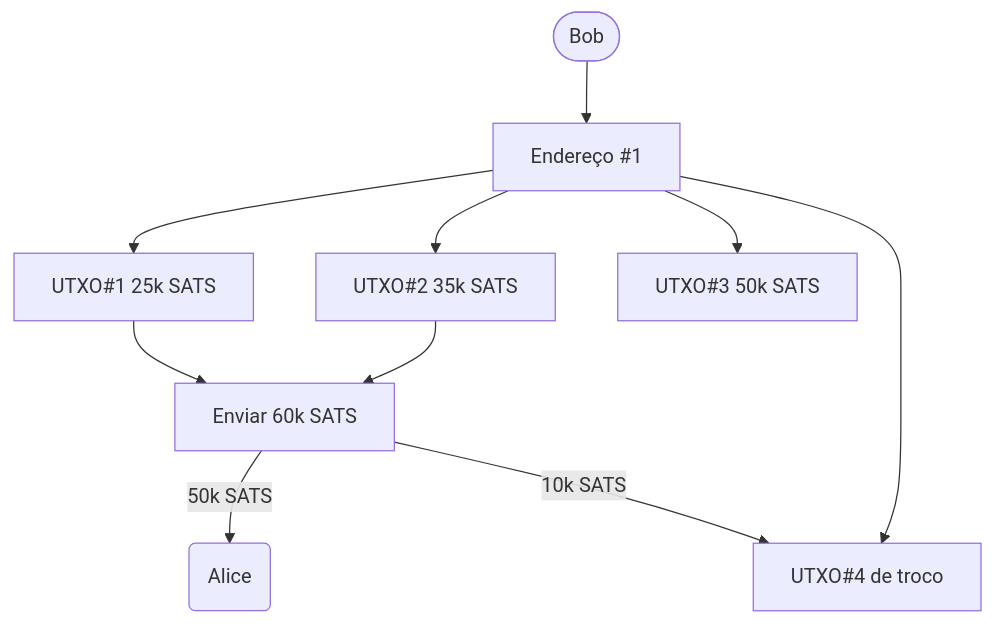
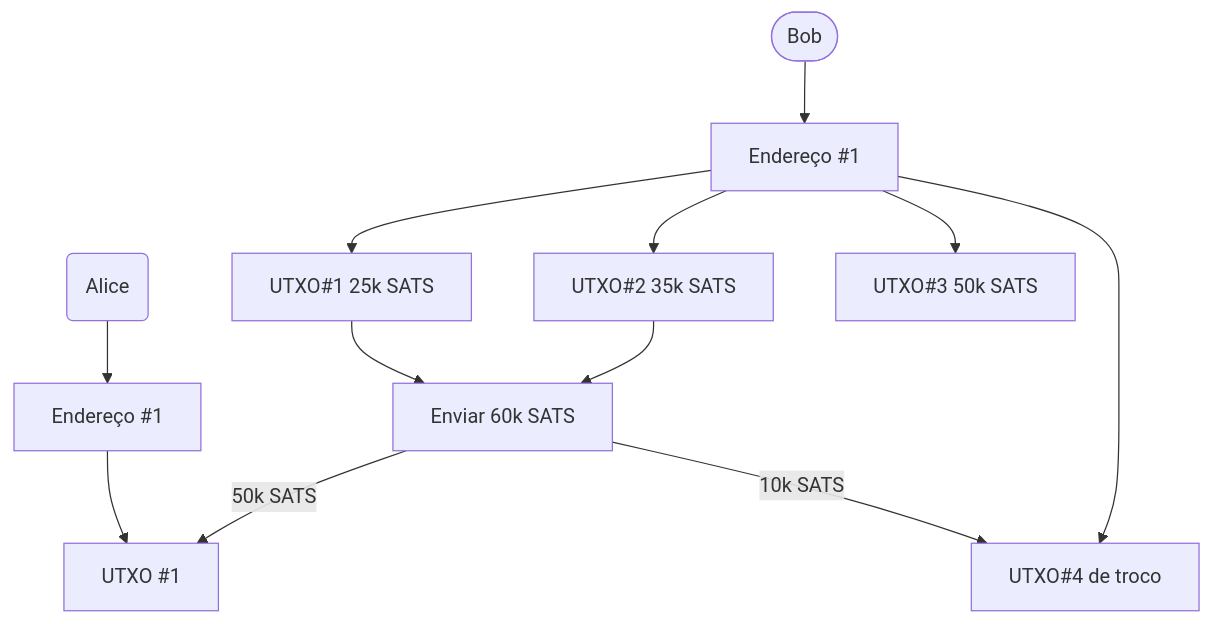
Before and after one commit to ColcheteDAO/workshop: the fifth of 5 diagrams in LetsCoCreate/carteiras.md, drawn with Mermaid.

Commit message:
docs: UTXO sample

````diff
--- a/LetsCoCreate/carteiras.md
+++ b/LetsCoCreate/carteiras.md
@@ -52,12 +52,14 @@
 ```mermaid
 flowchart TD
     A(["Bob"]) --> n1["Endereço #1"]
+    n6["Alice"] --> n9["Endereço #1"]
     n1 --> n2["UTXO#1 25k SATS"] & n3@{ label: "<span style=\"padding-left:\">UTXO#2 35k SATS</span>" } & n4@{ label: "<span style=\"padding-left:\"><span style=\"padding-left:\">UTXO#3 50k SATS</span></span>" } & n8["UTXO#4 de troco"]
     n2 --> n5["Enviar 60k SATS"]
     n3 --> n5
-    n5 -- 50k SATS --> n6["Alice"]
+    n5 -- 50k SATS --> n10
     n5 -- 10k SATS --> n8
+    n9 --> n10["UTXO #1"]
     n3@{ shape: rect}
     n4@{ shape: rect}
     n6@{ shape: rounded}
 ```
````
